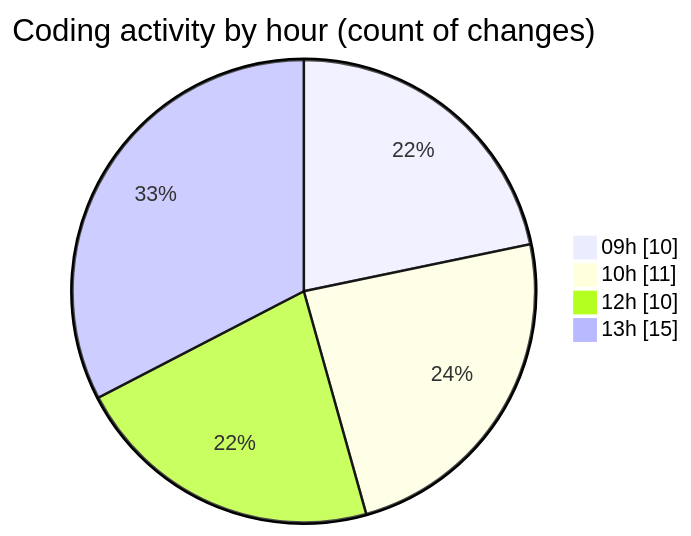
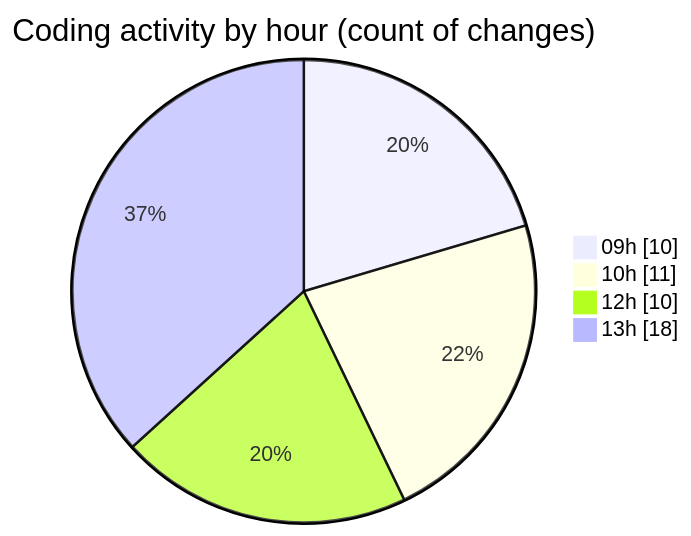
Before and after one commit to momahboobian/code-tracking: the second of 2 diagrams in 2025-09-12/cda/README.md, drawn with Mermaid. The commit also changed other lines of this file and 1 other file, not shown here.

````diff
--- a/2025-09-12/cda/README.md
+++ b/2025-09-12/cda/README.md
@@ -41,8 +41,8 @@
 ```mermaid
 pie showData
 title Coding activity by hour (count of changes)
 "09h" : 10
 "10h" : 11
 "12h" : 10
-"13h" : 15
+"13h" : 18
 ```
````
